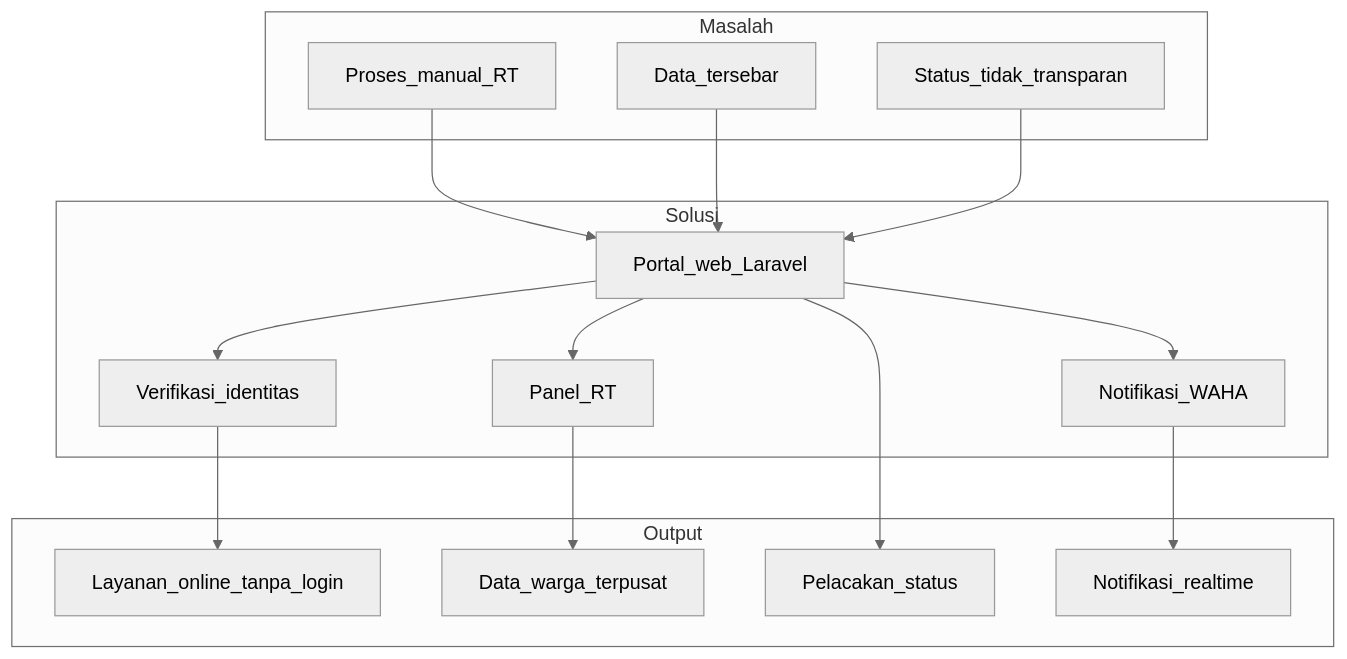
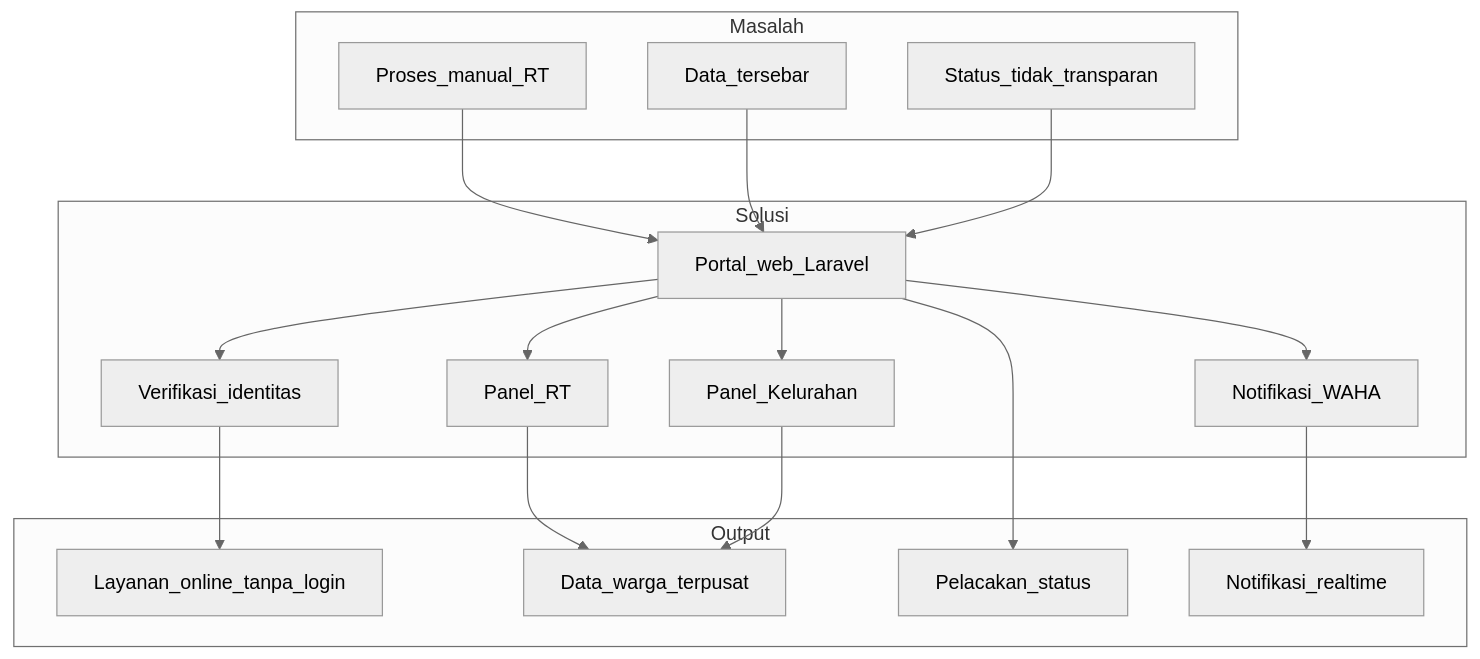
One commit to alfon00/wargaupdate changed the second of 14 diagrams in docs/LAPORAN-TUGAS-AKHIR.md. Above: the diagram before and after it, drawn with Mermaid (neutral theme). The commit also changed other lines of this file and 105 other files, not shown here.

````diff
--- a/docs/LAPORAN-TUGAS-AKHIR.md
+++ b/docs/LAPORAN-TUGAS-AKHIR.md
@@ -285,33 +285,36 @@
 ```mermaid
 flowchart TD
     subgraph Masalah
         M1[Proses_manual_RT]
         M2[Data_tersebar]
         M3[Status_tidak_transparan]
     end
 
     subgraph Solusi
         S1[Portal_web_Laravel]
         S2[Verifikasi_identitas]
         S3[Panel_RT]
+        S5[Panel_Kelurahan]
         S4[Notifikasi_WAHA]
     end
 
     subgraph Output
         O1[Layanan_online_tanpa_login]
         O2[Data_warga_terpusat]
         O3[Pelacakan_status]
         O4[Notifikasi_realtime]
     end
 
     M1 --> S1
     M2 --> S1
     M3 --> S1
     S1 --> S2
     S1 --> S3
+    S1 --> S5
     S1 --> S4
     S2 --> O1
     S3 --> O2
+    S5 --> O2
     S1 --> O3
     S4 --> O4
 ```
````
